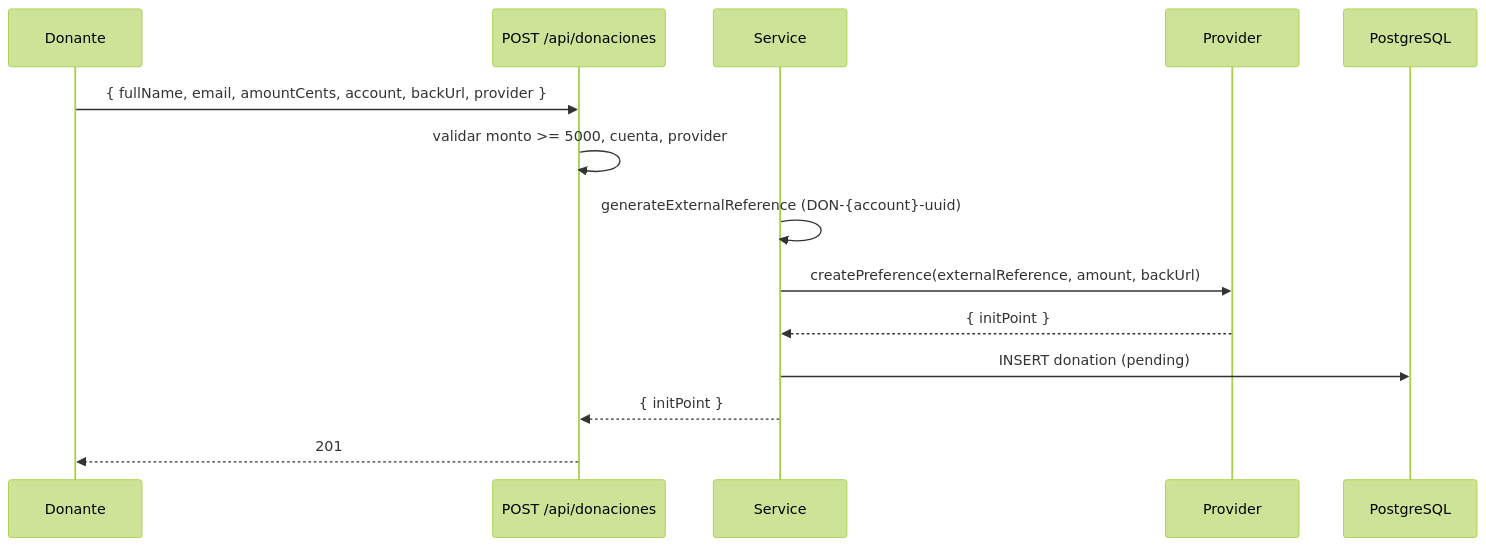
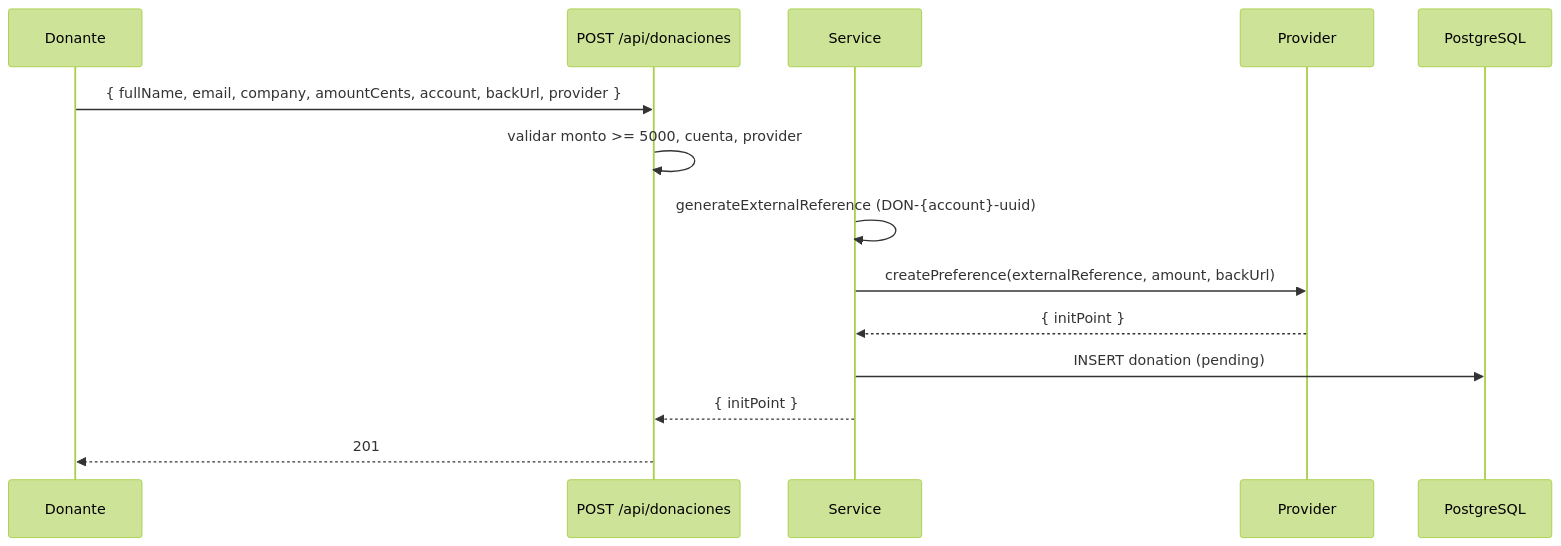
The first of 3 diagrams in backend/src/modules/donaciones/README.md (User281167/venta-de-tickets), drawn with Mermaid (forest theme) before and after one commit. The commit also changed other lines of this file and 3 other files, not shown here.

````diff
--- a/backend/src/modules/donaciones/README.md
+++ b/backend/src/modules/donaciones/README.md
@@ -41,17 +84,17 @@
 ```mermaid
 sequenceDiagram
     participant U as Donante
     participant API as POST /api/donaciones
     participant S as Service
     participant P as Provider
     participant DB as PostgreSQL
 
-    U->>API: { fullName, email, amountCents, account, backUrl, provider }
+    U->>API: { fullName, email, company, amountCents, account, backUrl, provider }
     API->>API: validar monto >= 5000, cuenta, provider
     S->>S: generateExternalReference (DON-{account}-uuid)
     S->>P: createPreference(externalReference, amount, backUrl)
     P-->>S: { initPoint }
     S->>DB: INSERT donation (pending)
     S-->>API: { initPoint }
     API-->>U: 201
 ```
````
